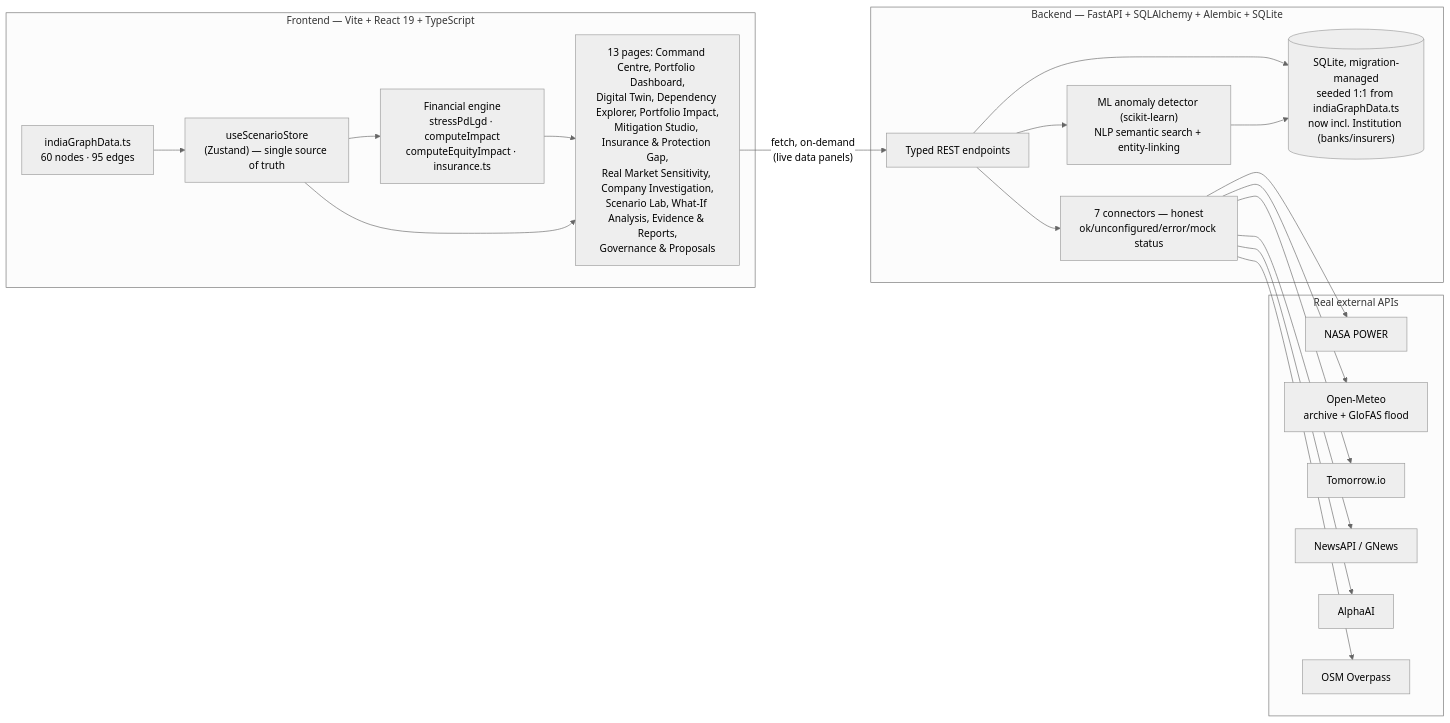
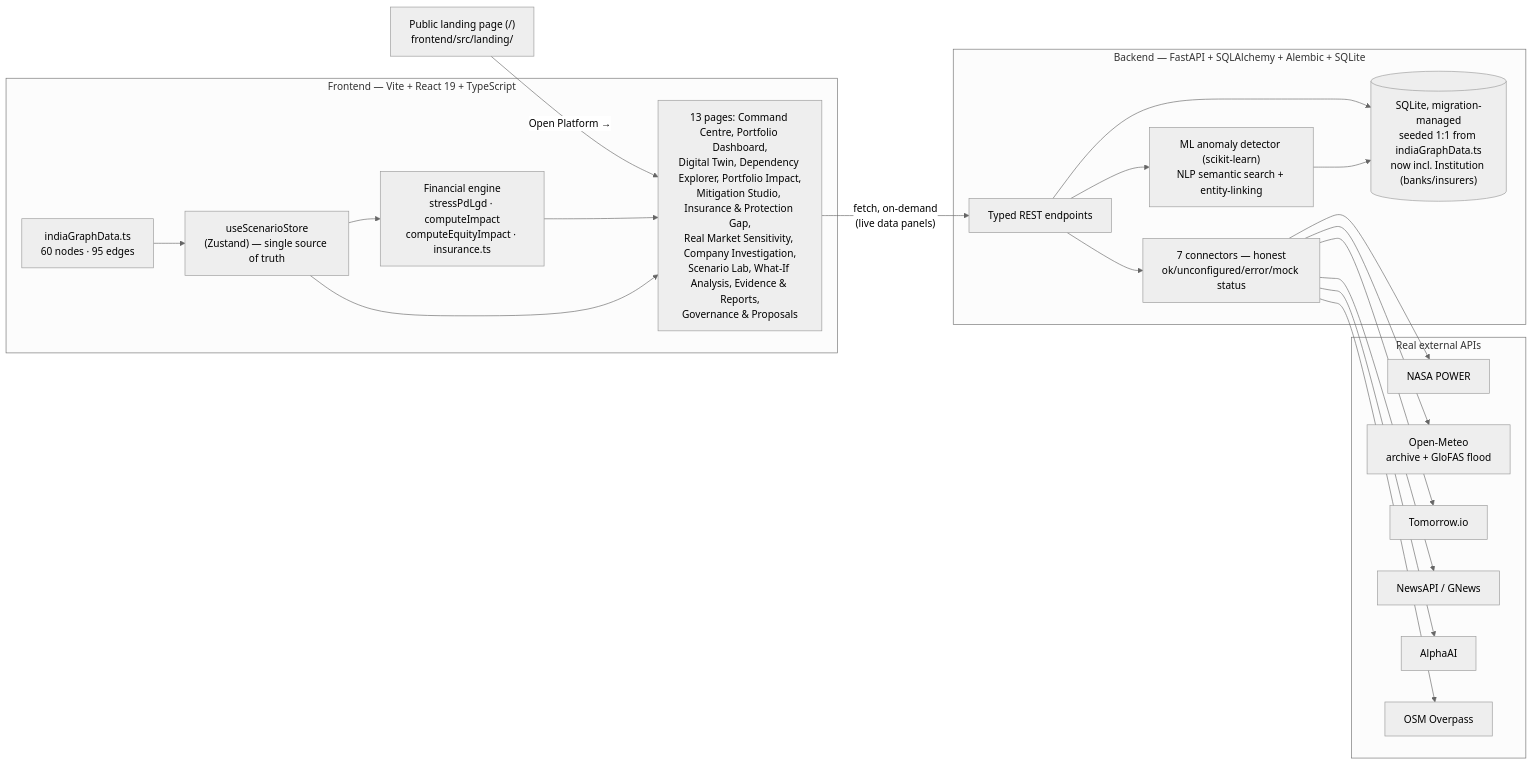
The diagram in README.md (vizsh/Fusion_CLIMATRIX), drawn with Mermaid (neutral theme) before and after one commit. The commit also changed other lines of this file and 16 other files, not shown here.

````diff
--- a/README.md
+++ b/README.md
@@ -400,36 +547,38 @@
 ```mermaid
 flowchart LR
+    Landing["Public landing page (/)\nfrontend/src/landing/"] -- "Open Platform →" --> Pages
+
     subgraph Frontend["Frontend — Vite + React 19 + TypeScript"]
         Graph["indiaGraphData.ts\n60 nodes · 95 edges"]
         Store["useScenarioStore\n(Zustand) — single source of truth"]
         Engine["Financial engine\nstressPdLgd · computeImpact\ncomputeEquityImpact · insurance.ts"]
         Pages["13 pages: Command Centre, Portfolio Dashboard,\nDigital Twin, Dependency Explorer, Portfolio Impact,\nMitigation Studio, Insurance & Protection Gap,\nReal Market Sensitivity, Company Investigation,\nScenario Lab, What-If Analysis, Evidence & Reports,\nGovernance & Proposals"]
         Graph --> Store
         Store --> Engine
         Engine --> Pages
         Store --> Pages
     end
 
     subgraph Backend["Backend — FastAPI + SQLAlchemy + Alembic + SQLite"]
         API["Typed REST endpoints"]
         DB[("SQLite, migration-managed\nseeded 1:1 from indiaGraphData.ts\nnow incl. Institution (banks/insurers)")]
         MLNLP["ML anomaly detector (scikit-learn)\nNLP semantic search + entity-linking"]
         Connectors["7 connectors — honest\nok/unconfigured/error/mock status"]
         API --> DB
         API --> Connectors
         API --> MLNLP
         MLNLP --> DB
     end
 
     subgraph External["Real external APIs"]
         NASA["NASA POWER"]
         OM["Open-Meteo\narchive + GloFAS flood"]
         TIO["Tomorrow.io"]
         News["NewsAPI / GNews"]
         Alpha["AlphaAI"]
         OSM["OSM Overpass"]
     end
 
     Pages -- "fetch, on-demand\n(live data panels)" --> API
     Connectors --> NASA & OM & TIO & News & Alpha & OSM
 ```
````
